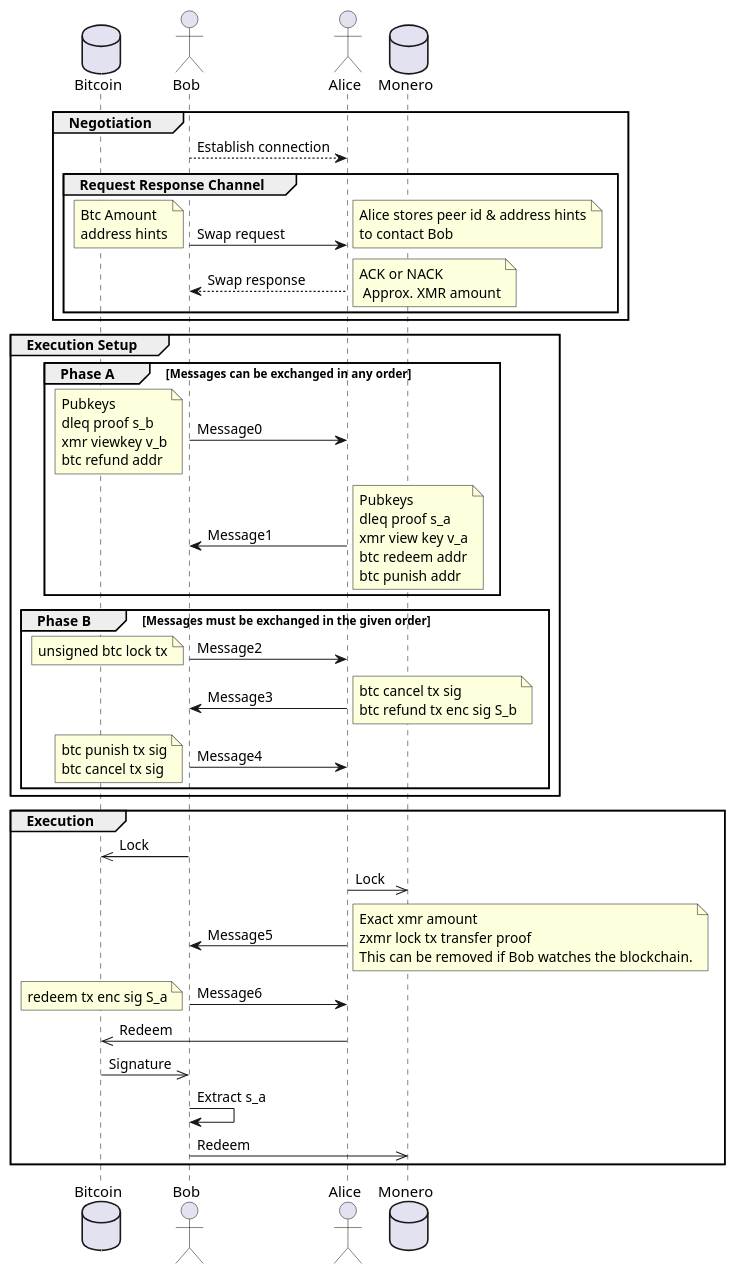
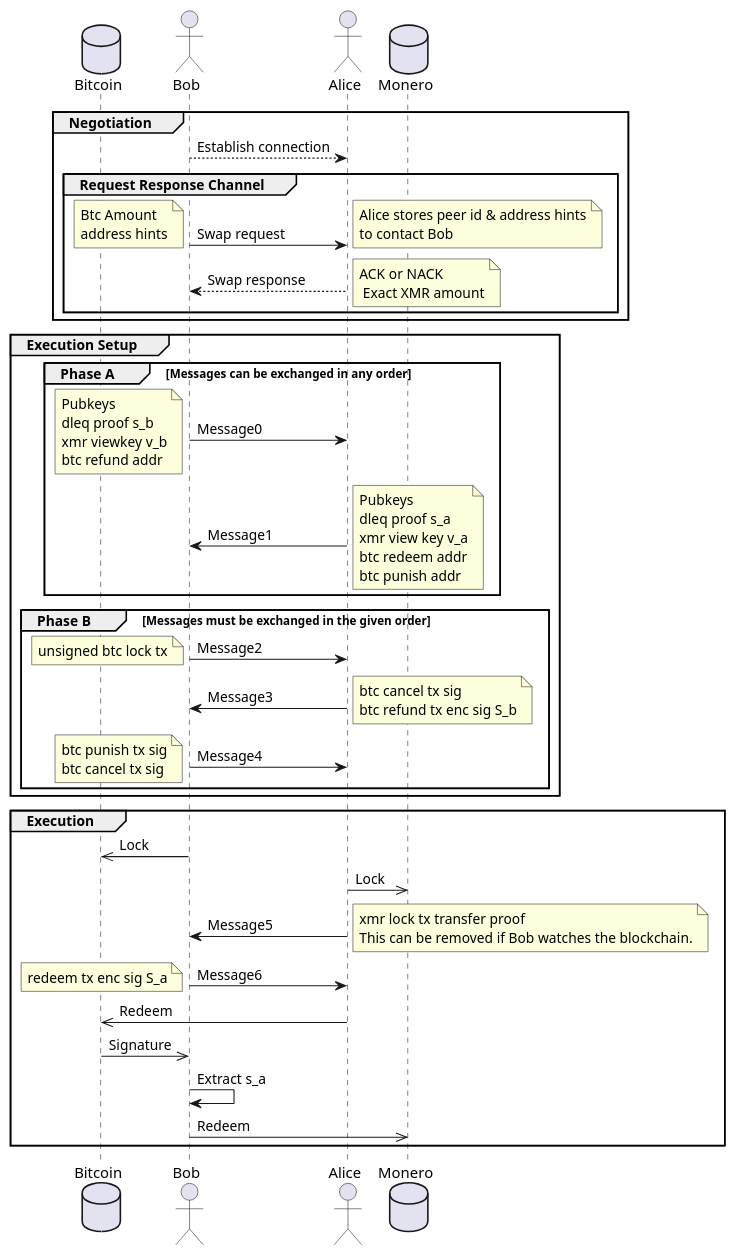
Before and after one commit to comit-network/xmr-btc-swap: the diagram in docs/sequence.puml, drawn with PlantUML.

Commit message:
Use exact xmr amount

```diff
--- a/docs/sequence.puml
+++ b/docs/sequence.puml
@@ -1,64 +1,64 @@
 @startuml
 database Bitcoin
 actor Bob
 Actor Alice
 database Monero
 
 group Negotiation
 
     Bob --> Alice: Establish connection
 
     group Request Response Channel
         Bob -> Alice: Swap request
         note left: Btc Amount\naddress hints
         note right: Alice stores peer id & address hints\nto contact Bob
 
         Alice --> Bob: Swap response
-        note right: ACK or NACK\n Approx. XMR amount
+        note right: ACK or NACK\n Exact XMR amount
     end
 end
 
 group Execution Setup
     group Phase A [Messages can be exchanged in any order]
         Bob -> Alice: Message0
         note left: Pubkeys\ndleq proof s_b\nxmr viewkey v_b\nbtc refund addr
 
         Alice -> Bob: Message1
         note right: Pubkeys\ndleq proof s_a\nxmr view key v_a\nbtc redeem addr\nbtc punish addr
     end
 
     group Phase B [Messages must be exchanged in the given order]
 
         Bob -> Alice: Message2
         note left: unsigned btc lock tx
 
         Alice -> Bob: Message3
         note right: btc cancel tx sig\nbtc refund tx enc sig S_b
 
         Bob -> Alice: Message4
         note left: btc punish tx sig\nbtc cancel tx sig
 
     end
 end
 
 group Execution
     Bob ->> Bitcoin: Lock
 
     Alice ->> Monero: Lock
 
     Alice -> Bob: Message5
-    note right: Exact xmr amount\nzxmr lock tx transfer proof\nThis can be removed if Bob watches the blockchain.
+    note right: xmr lock tx transfer proof\nThis can be removed if Bob watches the blockchain.
 
     Bob -> Alice: Message6
     note left: redeem tx enc sig S_a
 
     Alice ->> Bitcoin: Redeem
 
     Bitcoin ->> Bob: Signature
 
     Bob -> Bob: Extract s_a
 
     Bob ->> Monero: Redeem
 end
 
 @enduml
```
